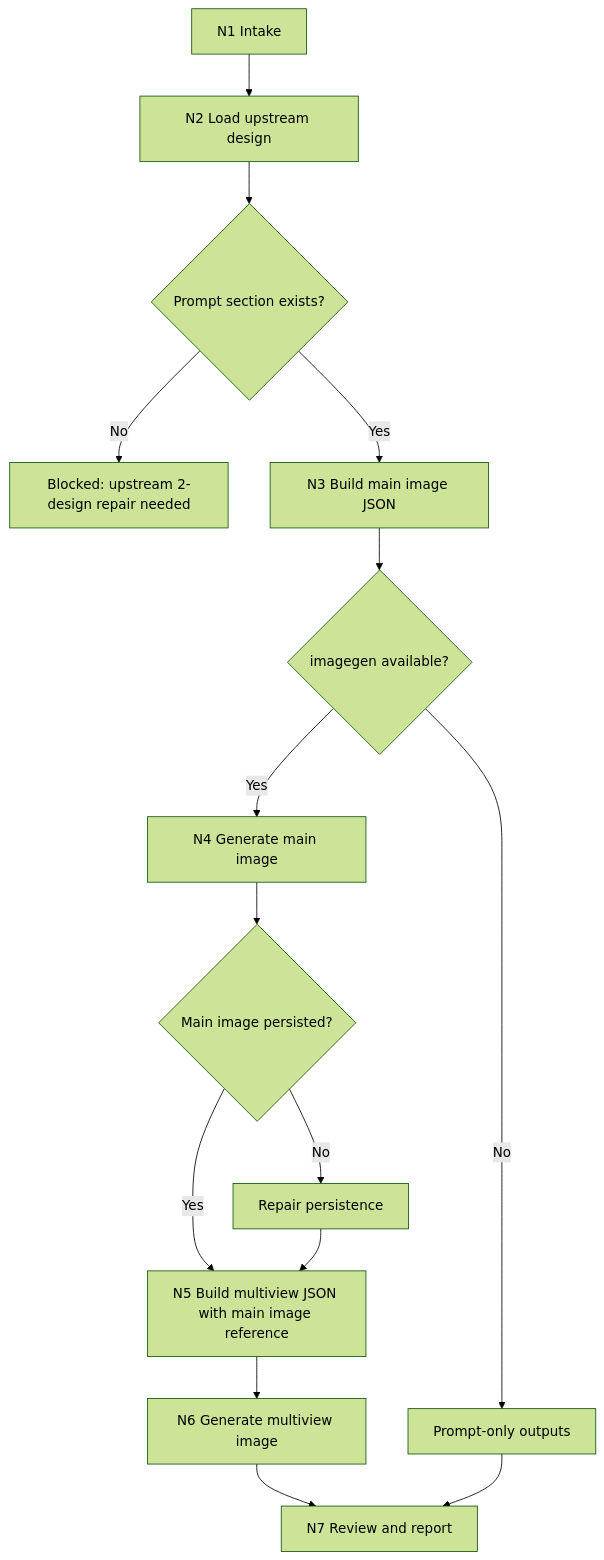
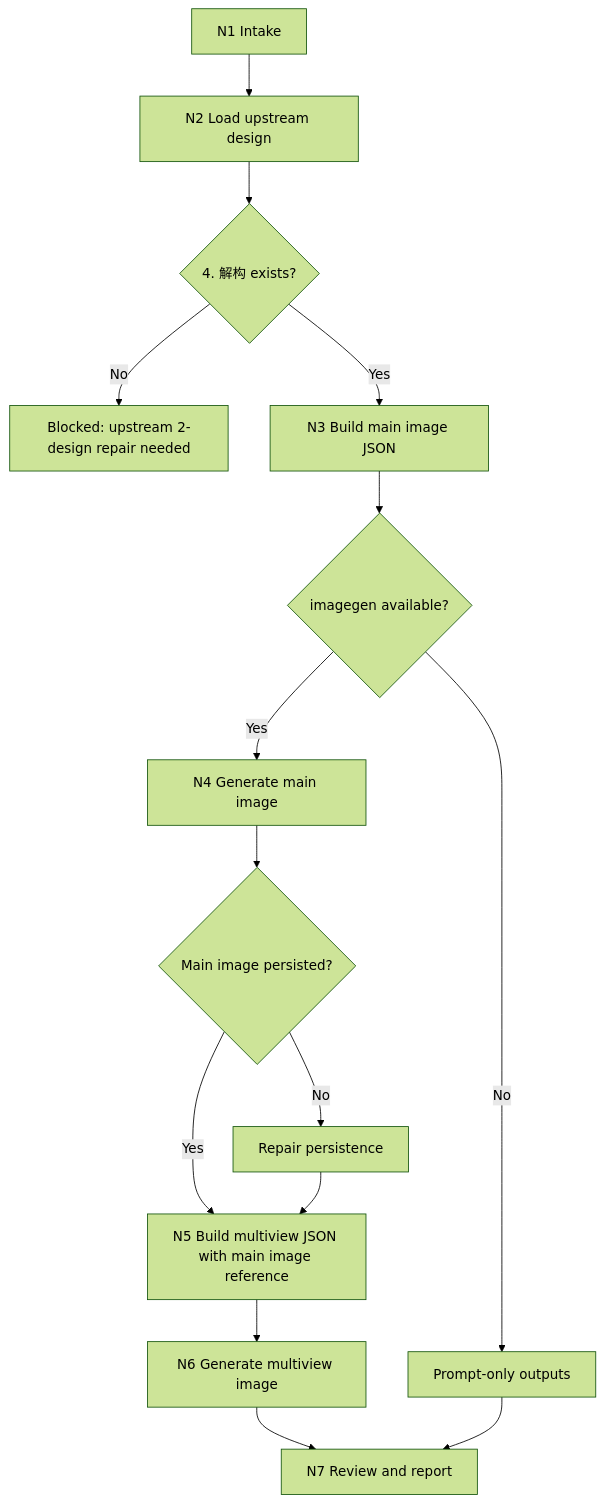
Before and after one commit to ZEN-VOID/AI-CUT: the first of 3 diagrams in .agents/skills/aigc/5-设计/角色/3-生成/steps/character-generation-workflow.md, drawn with Mermaid (forest theme). The commit also changed other lines of this file and 106 other files, not shown here.

````diff
--- a/.agents/skills/aigc/5-设计/角色/3-生成/steps/character-generation-workflow.md
+++ b/.agents/skills/aigc/5-设计/角色/3-生成/steps/character-generation-workflow.md
@@ -7,17 +7,17 @@
 ```mermaid
 flowchart TD
     A["N1 Intake"] --> B["N2 Load upstream design"]
-    B --> C{"Prompt section exists?"}
+    B --> C{"4. 解构 exists?"}
     C -->|"No"| D["Blocked: upstream 2-design repair needed"]
     C -->|"Yes"| E["N3 Build main image JSON"]
     E --> F{"imagegen available?"}
     F -->|"No"| G["Prompt-only outputs"]
     F -->|"Yes"| H["N4 Generate main image"]
     H --> I{"Main image persisted?"}
     I -->|"No"| J["Repair persistence"]
     I -->|"Yes"| K["N5 Build multiview JSON with main image reference"]
     K --> L["N6 Generate multiview image"]
     L --> M["N7 Review and report"]
     G --> M
     J --> K
 ```
````
